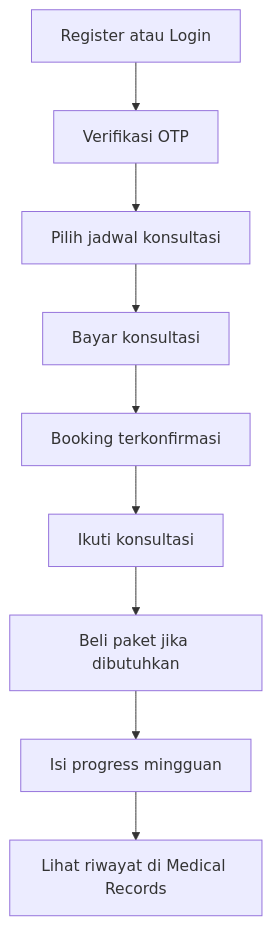
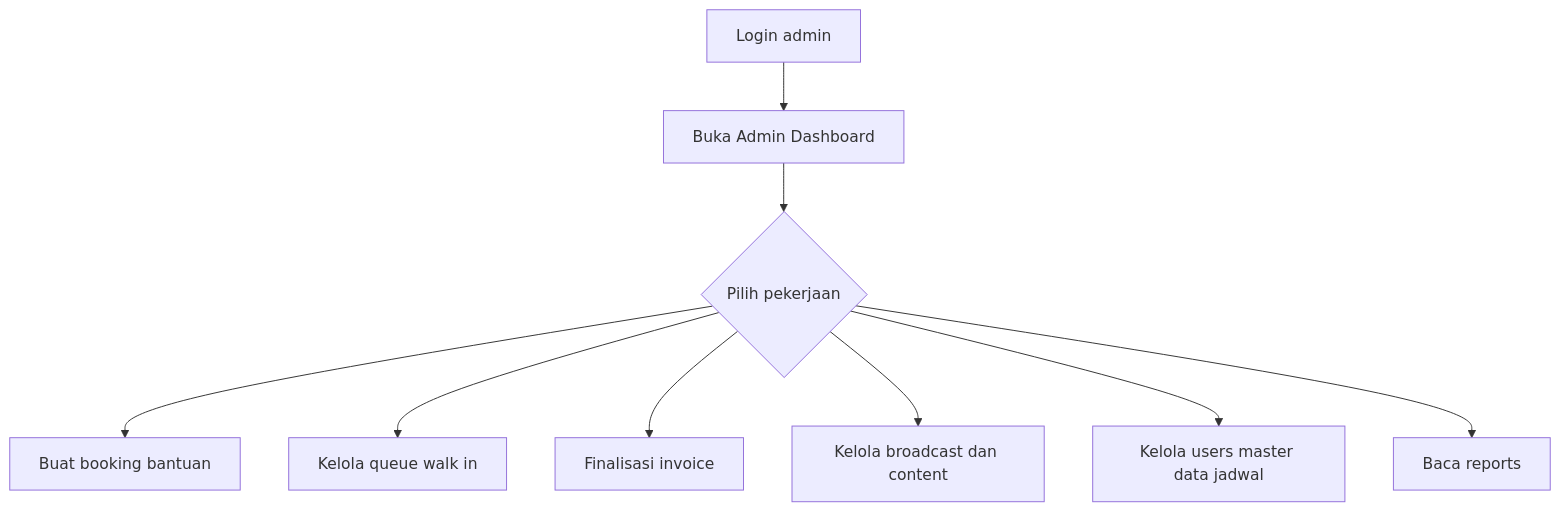
Before and after one commit to ranggacaw/more_apps: the second of 4 diagrams in docs/cara_menggunakan_aplikasi.md, drawn with Mermaid. The commit also changed other lines of this file and 25 other files, not shown here.

````diff
--- a/docs/cara_menggunakan_aplikasi.md
+++ b/docs/cara_menggunakan_aplikasi.md
@@ -62,11 +55,11 @@
 ```mermaid
 flowchart TD
-    A[Register atau Login] --> B[Verifikasi OTP]
-    B --> C[Pilih jadwal konsultasi]
-    C --> D[Bayar konsultasi]
-    D --> E[Booking terkonfirmasi]
-    E --> F[Ikuti konsultasi]
-    F --> G[Beli paket jika dibutuhkan]
-    G --> H[Isi progress mingguan]
-    H --> I[Lihat riwayat di Medical Records]
+    A[Login admin] --> B[Buka Admin Dashboard]
+    B --> C{Pilih pekerjaan}
+    C --> D[Buat booking bantuan]
+    C --> E[Kelola queue walk in]
+    C --> F[Finalisasi invoice]
+    C --> G[Kelola broadcast dan content]
+    C --> H[Kelola users master data jadwal]
+    C --> I[Baca reports]
 ```
````
